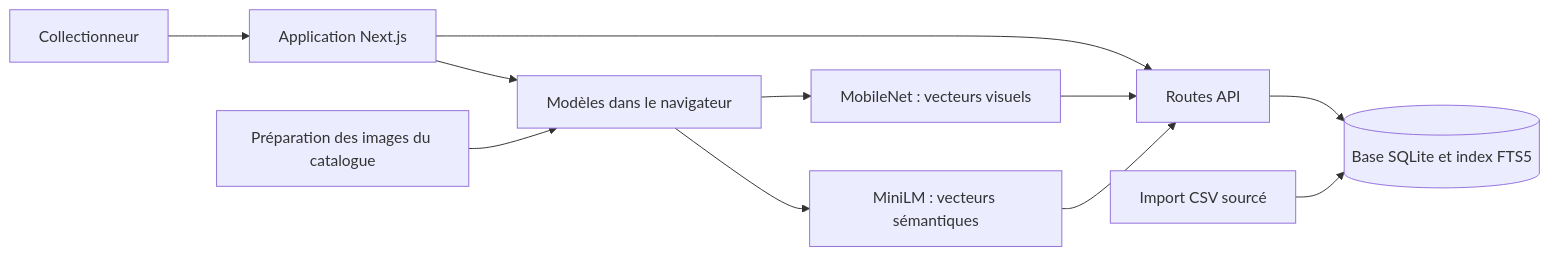
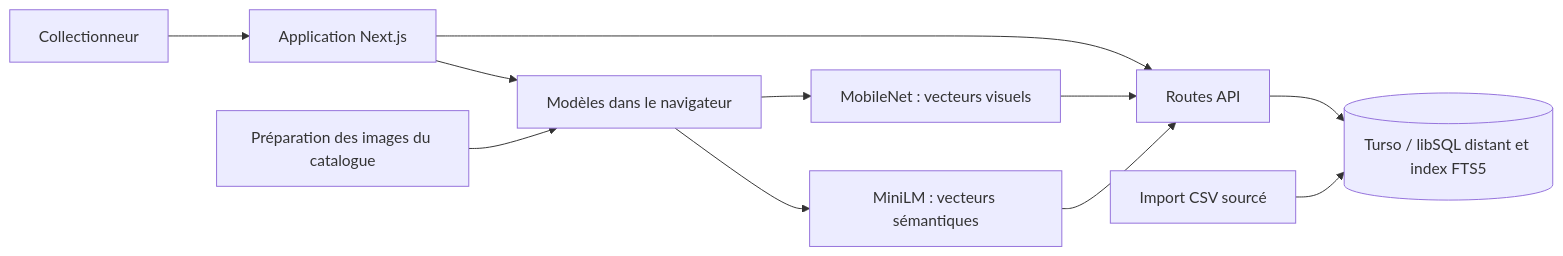
Before and after one commit to adagues/stamp-collection-webapp: the first of 2 diagrams in docs/02-design.md, drawn with Mermaid. The commit also changed other lines of this file and 43 other files, not shown here.

````diff
--- a/docs/02-design.md
+++ b/docs/02-design.md
@@ -7,13 +7,13 @@
 ```mermaid
 flowchart LR
   U[Collectionneur] --> N[Application Next.js]
   N --> M[Modèles dans le navigateur]
   M --> V[MobileNet : vecteurs visuels]
   M --> S[MiniLM : vecteurs sémantiques]
   N --> A[Routes API]
   V --> A
   S --> A
-  A --> D[(Base SQLite et index FTS5)]
+  A --> D[(Turso / libSQL distant et index FTS5)]
   I[Import CSV sourcé] --> D
   P[Préparation des images du catalogue] --> M
 ```
````
